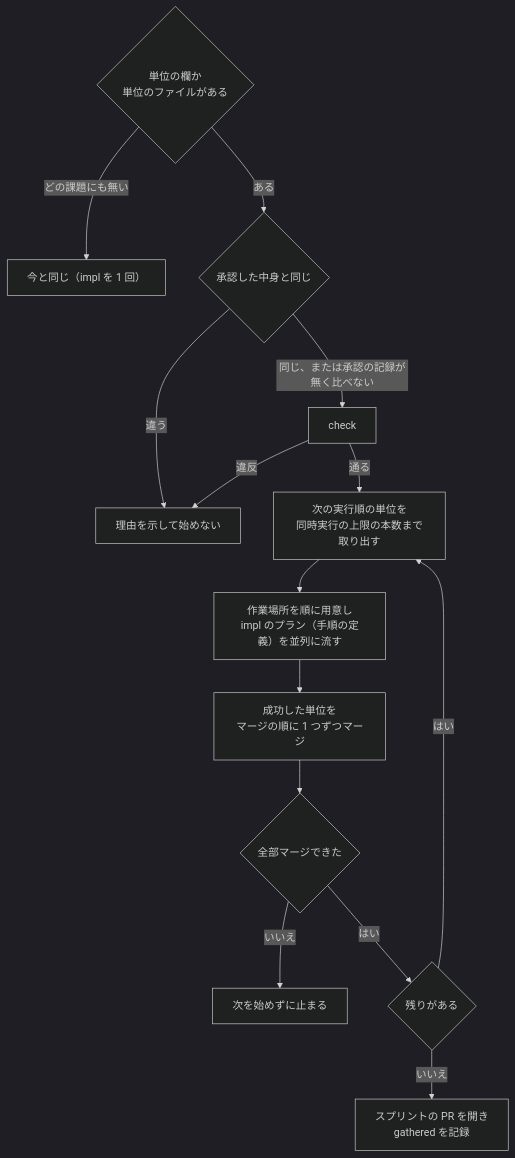
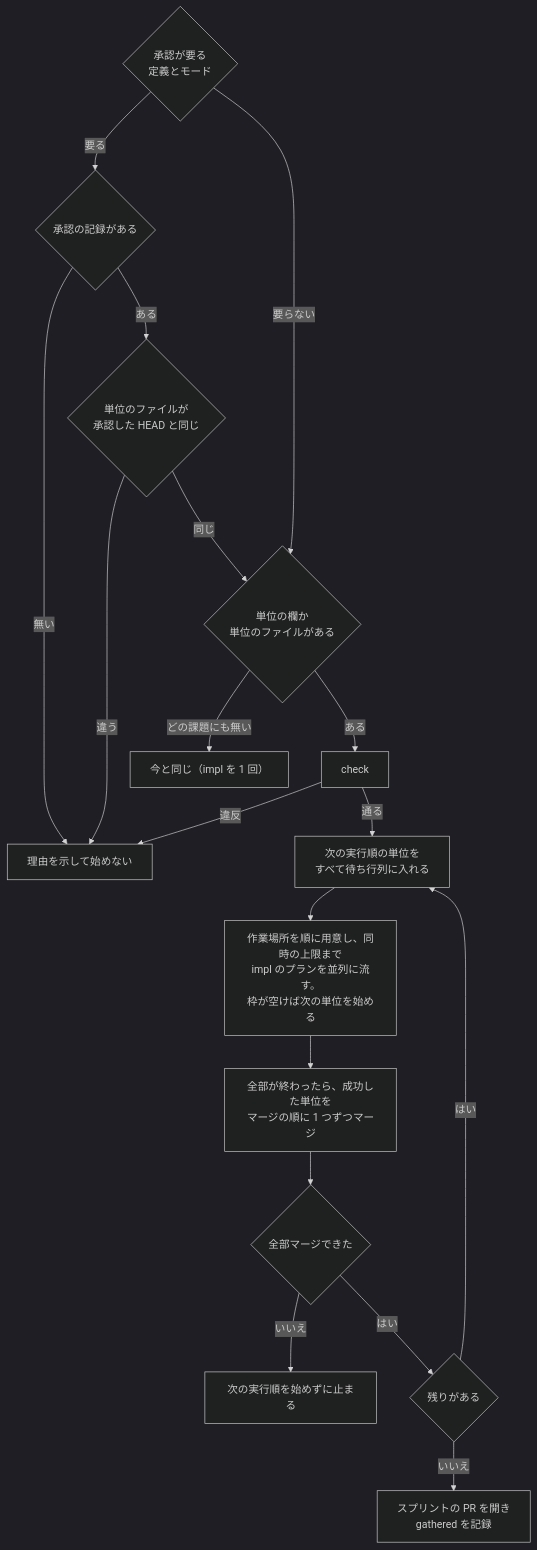
One commit to devbasex/ai-plugins changed the fourth of 4 diagrams in issues/issue-3702-design.md. Above: the diagram before and after it, drawn with Mermaid (dark theme). The commit also changed other lines of this file and 2 other files, not shown here.

Commit message:
Docs: #3702 の cross-review の指摘を直す（同時の本数の上限と空いた枠の埋め方、承認した中身との照合を 2 経路で共通にする、承認の前の欠落と HEAD の確かめ、単位のファイルの形、要求の古い記述。詳細設計には書き直し前の注記を置く） （#3702）

````diff
--- a/issues/issue-3702-design.md
+++ b/issues/issue-3702-design.md
@@ -229,16 +254,20 @@
 ```mermaid
 flowchart TB
-  A{"単位の欄か<br/>単位のファイルがある"} -->|どの課題にも無い| OLD["今と同じ（impl を 1 回）"]
-  A -->|ある| B{"承認した中身と同じ"}
-  B -->|違う| X["理由を示して始めない"]
-  B -->|"同じ、または承認の記録が無く比べない"| C["check"]
+  R{"承認が要る<br/>定義とモード"} -->|要る| H{"承認の記録がある"}
+  R -->|要らない| A{"単位の欄か<br/>単位のファイルがある"}
+  H -->|無い| X["理由を示して始めない"]
+  H -->|ある| B{"単位のファイルが<br/>承認した HEAD と同じ"}
+  B -->|違う| X
+  B -->|同じ| A
+  A -->|どの課題にも無い| OLD["今と同じ（impl を 1 回）"]
+  A -->|ある| C["check"]
   C -->|違反| X
-  C -->|通る| G["次の実行順の単位を<br/>同時実行の上限の本数まで取り出す"]
-  G --> W["作業場所を順に用意し<br/>impl のプラン（手順の定義）を並列に流す"]
-  W --> M["成功した単位を<br/>マージの順に 1 つずつマージ"]
+  C -->|通る| G["次の実行順の単位を<br/>すべて待ち行列に入れる"]
+  G --> W["作業場所を順に用意し、同時の上限まで<br/>impl のプランを並列に流す。<br/>枠が空けば次の単位を始める"]
+  W --> M["全部が終わったら、成功した単位を<br/>マージの順に 1 つずつマージ"]
   M --> Q{"全部マージできた"}
-  Q -->|いいえ| Y["次を始めずに止まる"]
+  Q -->|いいえ| Y["次の実行順を始めずに止まる"]
   Q -->|はい| N{"残りがある"}
   N -->|はい| G
   N -->|いいえ| P["スプリントの PR を開き<br/>gathered を記録"]
 ```
````
